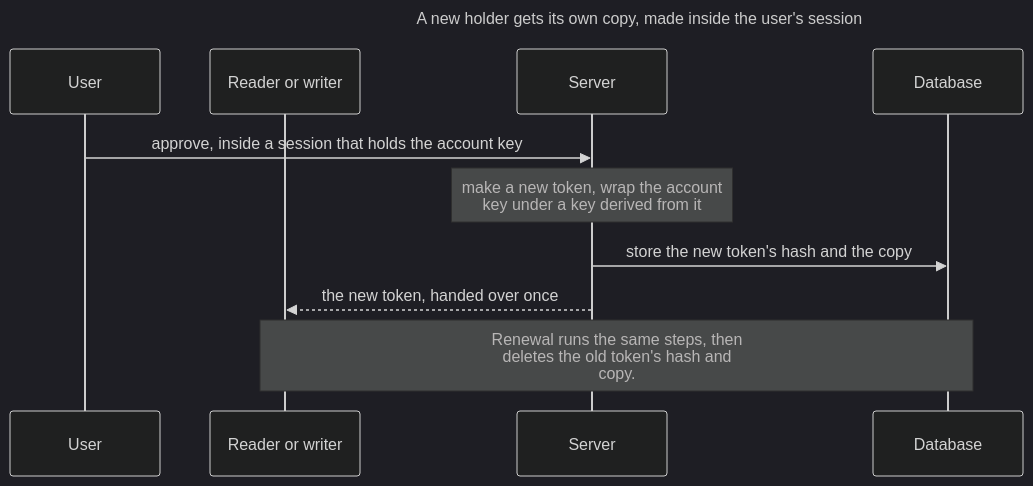
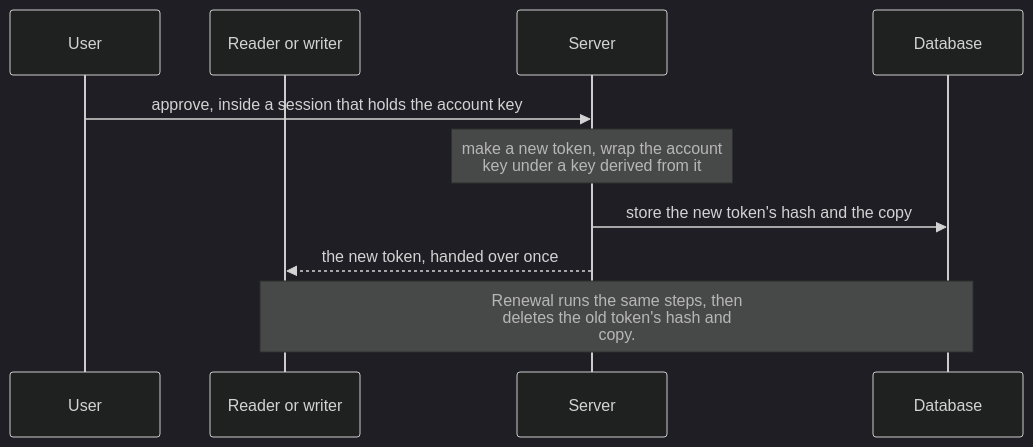
Before and after one commit to ajs-consult-llc/mirror-encryption-rfc: the diagram in diagrams/update-4-parties.mmd, drawn with Mermaid (dark theme). The commit also changed 40 other files, not shown here.

First line of the commit message:
Diagrams: the doc's own pictures, with the Mermaid in an appendix

```diff
--- a/diagrams/update-4-parties.mmd
+++ b/diagrams/update-4-parties.mmd
@@ -1,15 +1,12 @@
----
-title: "A new holder gets its own copy, made inside the user's session"
----
 sequenceDiagram
   accTitle: A new holder gets its own copy, made inside the user's session
   accDescr: Update. The user approves a new reader or writer, inside a session that holds the account key. The server makes a new token and wraps the account key under a key derived from it, stores the new token's hash and the copy in the database, and hands the new token to the reader or writer once. Renewal runs the same steps, then deletes the old token's hash and copy.
   participant U as User
   participant R as Reader or writer
   participant S as Server
   participant DB as Database
   U->>S: approve, inside a session that holds the account key
   Note over S: make a new token, wrap the account<br/>key under a key derived from it
   S->>DB: store the new token's hash and the copy
   S-->>R: the new token, handed over once
   Note over R,DB: Renewal runs the same steps, then<br/>deletes the old token's hash and<br/>copy.
```
